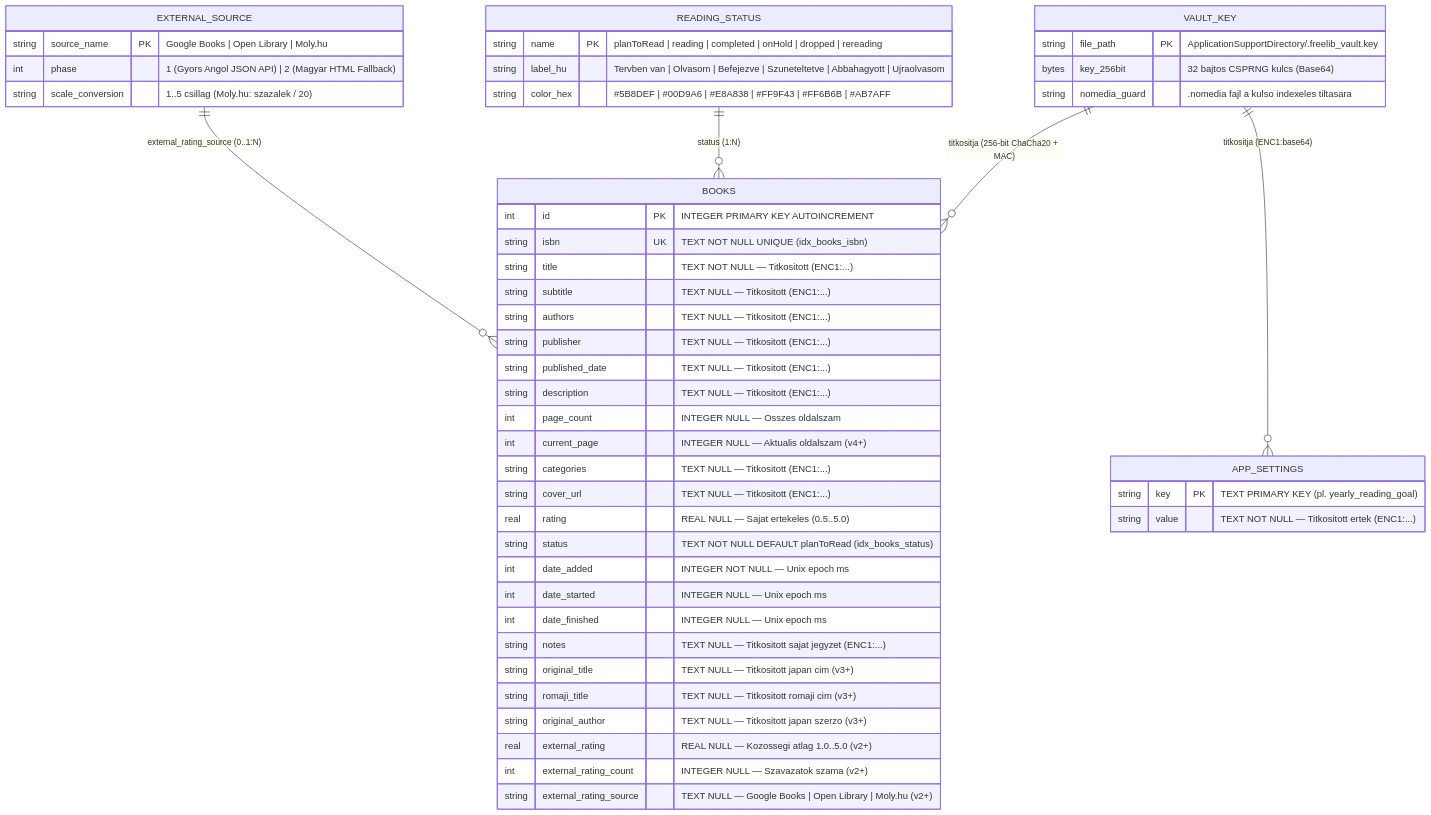
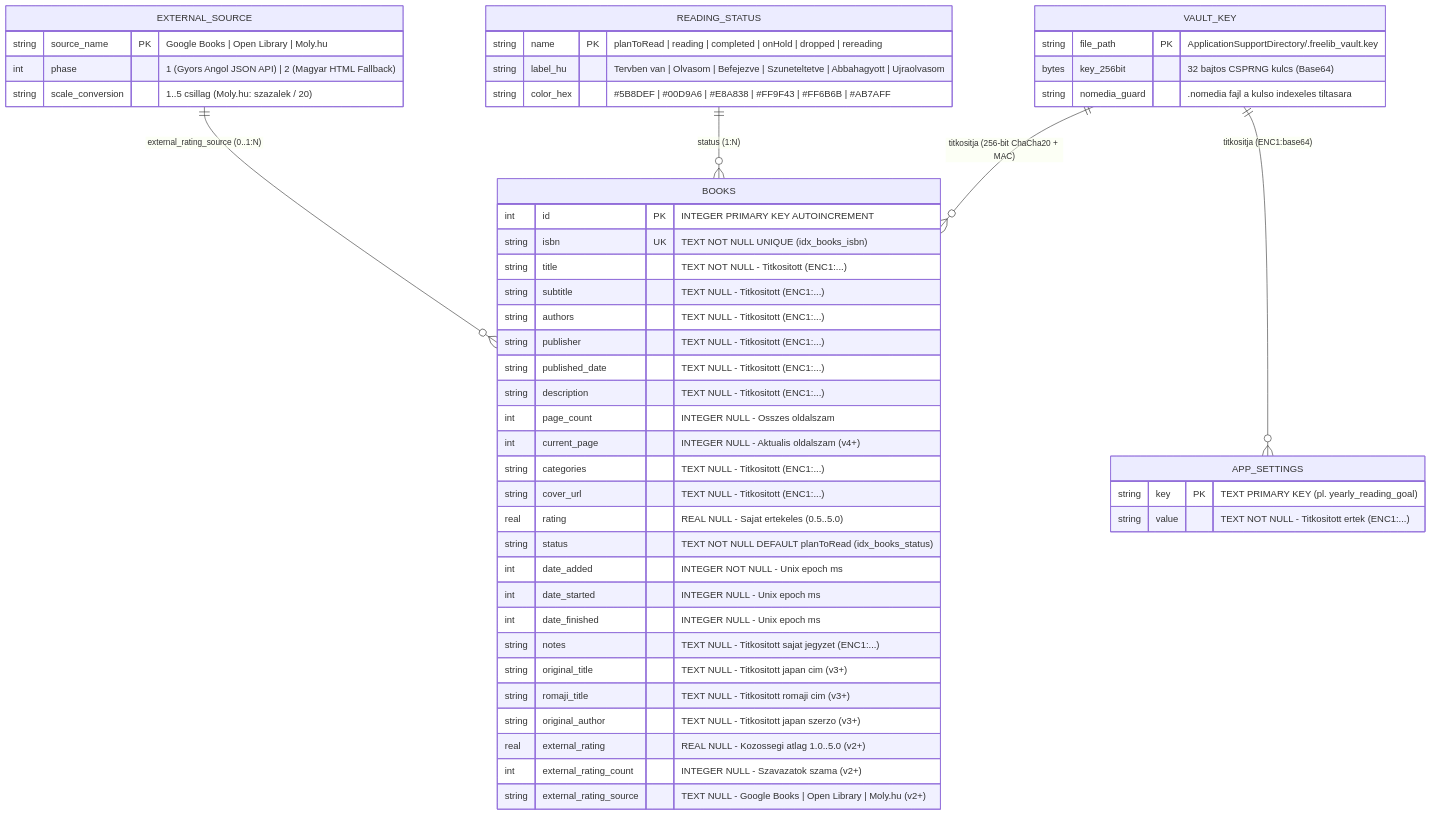
One commit to Lithexf/free_lib_app changed the diagram in docs/03_entity_relationship_diagram.md. Above: the diagram before and after it, drawn with Mermaid. The commit also changed other lines of this file and 23 other files, not shown here.

````diff
--- a/docs/03_entity_relationship_diagram.md
+++ b/docs/03_entity_relationship_diagram.md
@@ -9,57 +9,57 @@
 ```mermaid
 erDiagram
     VAULT_KEY ||--o{ BOOKS : "titkositja (256-bit ChaCha20 + MAC)"
     VAULT_KEY ||--o{ APP_SETTINGS : "titkositja (ENC1:base64)"
     READING_STATUS ||--o{ BOOKS : "status (1:N)"
     EXTERNAL_SOURCE ||--o{ BOOKS : "external_rating_source (0..1:N)"
 
     VAULT_KEY {
         string file_path PK "ApplicationSupportDirectory/.freelib_vault.key"
         bytes key_256bit "32 bajtos CSPRNG kulcs (Base64)"
         string nomedia_guard ".nomedia fajl a kulso indexeles tiltasara"
     }
 
     BOOKS {
         int id PK "INTEGER PRIMARY KEY AUTOINCREMENT"
         string isbn UK "TEXT NOT NULL UNIQUE (idx_books_isbn)"
-        string title "TEXT NOT NULL — Titkositott (ENC1:...)"
-        string subtitle "TEXT NULL — Titkositott (ENC1:...)"
-        string authors "TEXT NULL — Titkositott (ENC1:...)"
-        string publisher "TEXT NULL — Titkositott (ENC1:...)"
-        string published_date "TEXT NULL — Titkositott (ENC1:...)"
-        string description "TEXT NULL — Titkositott (ENC1:...)"
-        int page_count "INTEGER NULL — Osszes oldalszam"
-        int current_page "INTEGER NULL — Aktualis oldalszam (v4+)"
-        string categories "TEXT NULL — Titkositott (ENC1:...)"
-        string cover_url "TEXT NULL — Titkositott (ENC1:...)"
-        real rating "REAL NULL — Sajat ertekeles (0.5..5.0)"
+        string title "TEXT NOT NULL - Titkositott (ENC1:...)"
+        string subtitle "TEXT NULL - Titkositott (ENC1:...)"
+        string authors "TEXT NULL - Titkositott (ENC1:...)"
+        string publisher "TEXT NULL - Titkositott (ENC1:...)"
+        string published_date "TEXT NULL - Titkositott (ENC1:...)"
+        string description "TEXT NULL - Titkositott (ENC1:...)"
+        int page_count "INTEGER NULL - Osszes oldalszam"
+        int current_page "INTEGER NULL - Aktualis oldalszam (v4+)"
+        string categories "TEXT NULL - Titkositott (ENC1:...)"
+        string cover_url "TEXT NULL - Titkositott (ENC1:...)"
+        real rating "REAL NULL - Sajat ertekeles (0.5..5.0)"
         string status "TEXT NOT NULL DEFAULT planToRead (idx_books_status)"
-        int date_added "INTEGER NOT NULL — Unix epoch ms"
-        int date_started "INTEGER NULL — Unix epoch ms"
-        int date_finished "INTEGER NULL — Unix epoch ms"
-        string notes "TEXT NULL — Titkositott sajat jegyzet (ENC1:...)"
-        string original_title "TEXT NULL — Titkositott japan cim (v3+)"
-        string romaji_title "TEXT NULL — Titkositott romaji cim (v3+)"
-        string original_author "TEXT NULL — Titkositott japan szerzo (v3+)"
-        real external_rating "REAL NULL — Kozossegi atlag 1.0..5.0 (v2+)"
-        int external_rating_count "INTEGER NULL — Szavazatok szama (v2+)"
-        string external_rating_source "TEXT NULL — Google Books | Open Library | Moly.hu (v2+)"
+        int date_added "INTEGER NOT NULL - Unix epoch ms"
+        int date_started "INTEGER NULL - Unix epoch ms"
+        int date_finished "INTEGER NULL - Unix epoch ms"
+        string notes "TEXT NULL - Titkositott sajat jegyzet (ENC1:...)"
+        string original_title "TEXT NULL - Titkositott japan cim (v3+)"
+        string romaji_title "TEXT NULL - Titkositott romaji cim (v3+)"
+        string original_author "TEXT NULL - Titkositott japan szerzo (v3+)"
+        real external_rating "REAL NULL - Kozossegi atlag 1.0..5.0 (v2+)"
+        int external_rating_count "INTEGER NULL - Szavazatok szama (v2+)"
+        string external_rating_source "TEXT NULL - Google Books | Open Library | Moly.hu (v2+)"
     }
 
     APP_SETTINGS {
         string key PK "TEXT PRIMARY KEY (pl. yearly_reading_goal)"
-        string value "TEXT NOT NULL — Titkositott ertek (ENC1:...)"
+        string value "TEXT NOT NULL - Titkositott ertek (ENC1:...)"
     }
 
     READING_STATUS {
         string name PK "planToRead | reading | completed | onHold | dropped | rereading"
         string label_hu "Tervben van | Olvasom | Befejezve | Szuneteltetve | Abbahagyott | Ujraolvasom"
         string color_hex "#5B8DEF | #00D9A6 | #E8A838 | #FF9F43 | #FF6B6B | #AB7AFF"
     }
 
     EXTERNAL_SOURCE {
         string source_name PK "Google Books | Open Library | Moly.hu"
         int phase "1 (Gyors Angol JSON API) | 2 (Magyar HTML Fallback)"
         string scale_conversion "1..5 csillag (Moly.hu: szazalek / 20)"
     }
 ```
````
